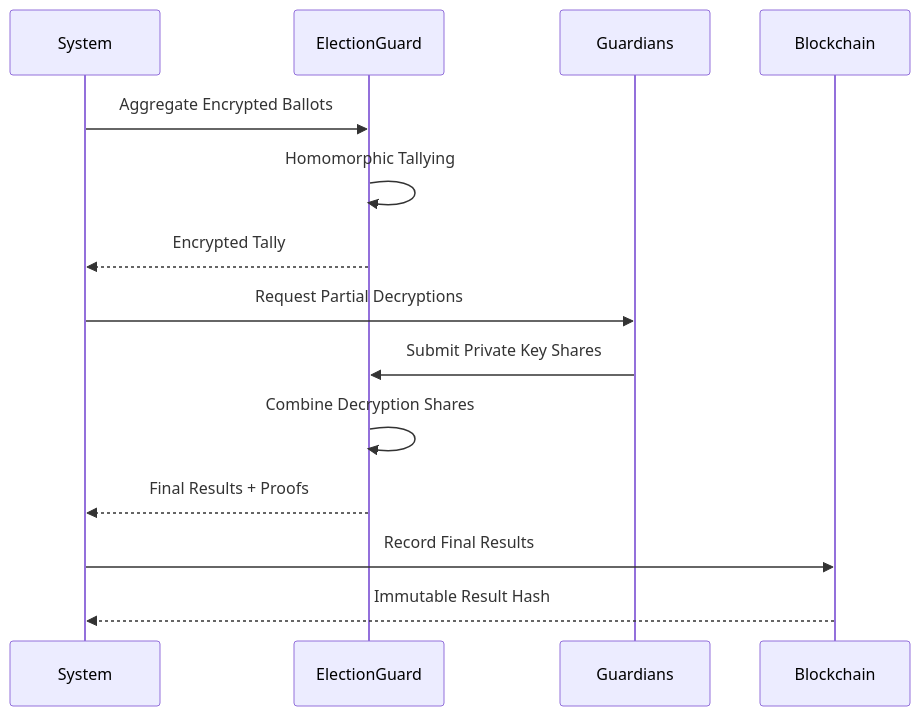
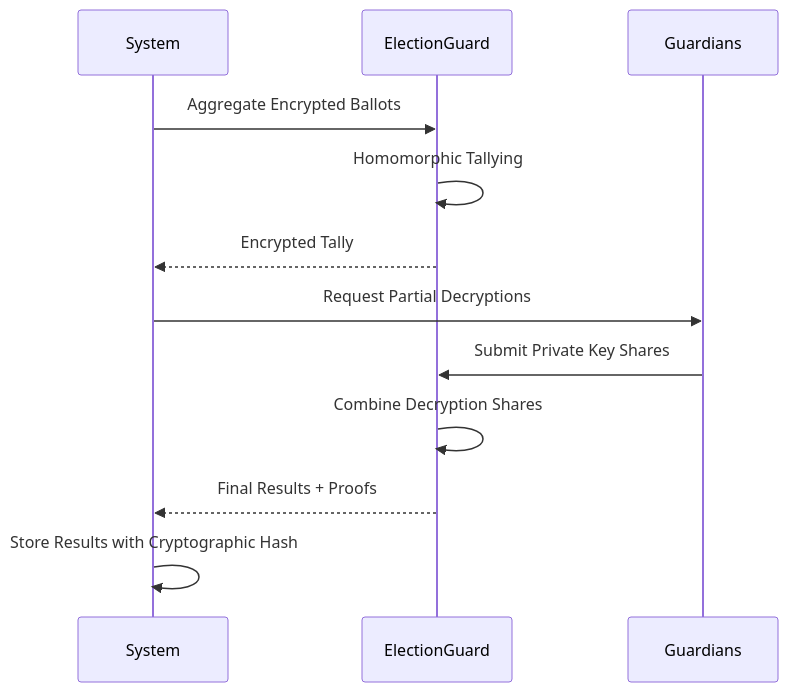
One commit to TAR2003/AmarVote changed the third of 3 diagrams in backend/src/main/resources/pdf/AmarVote_User_Guide.md. Above: the diagram before and after it, drawn with Mermaid. The commit also changed other lines of this file and 34 other files, not shown here.

````diff
--- a/backend/src/main/resources/pdf/AmarVote_User_Guide.md
+++ b/backend/src/main/resources/pdf/AmarVote_User_Guide.md
@@ -268,17 +249,15 @@
 ```mermaid
 sequenceDiagram
     participant System as System
     participant EG as ElectionGuard
     participant Guardians as Guardians
-    participant BC as Blockchain
 
     System->>EG: Aggregate Encrypted Ballots
     EG->>EG: Homomorphic Tallying
     EG-->>System: Encrypted Tally
     System->>Guardians: Request Partial Decryptions
     Guardians->>EG: Submit Private Key Shares
     EG->>EG: Combine Decryption Shares
     EG-->>System: Final Results + Proofs
-    System->>BC: Record Final Results
-    BC-->>System: Immutable Result Hash
+    System->>System: Store Results with Cryptographic Hash
 ```
````
